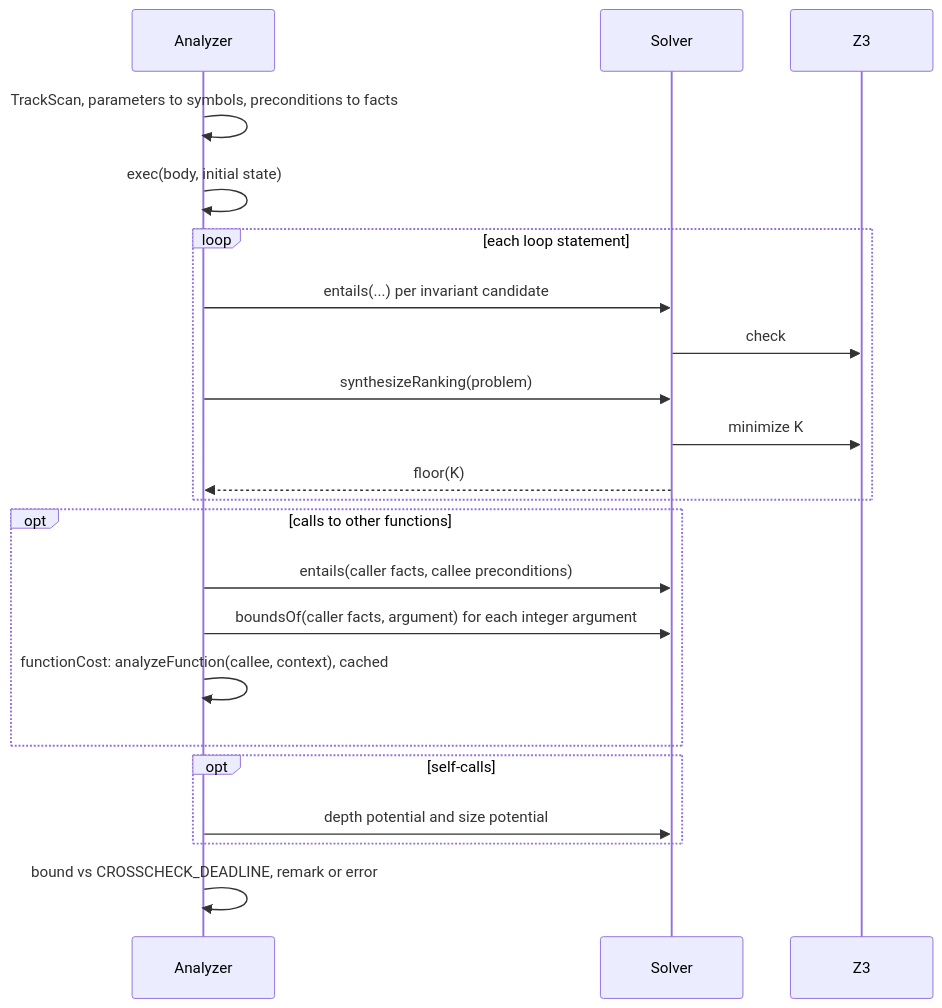
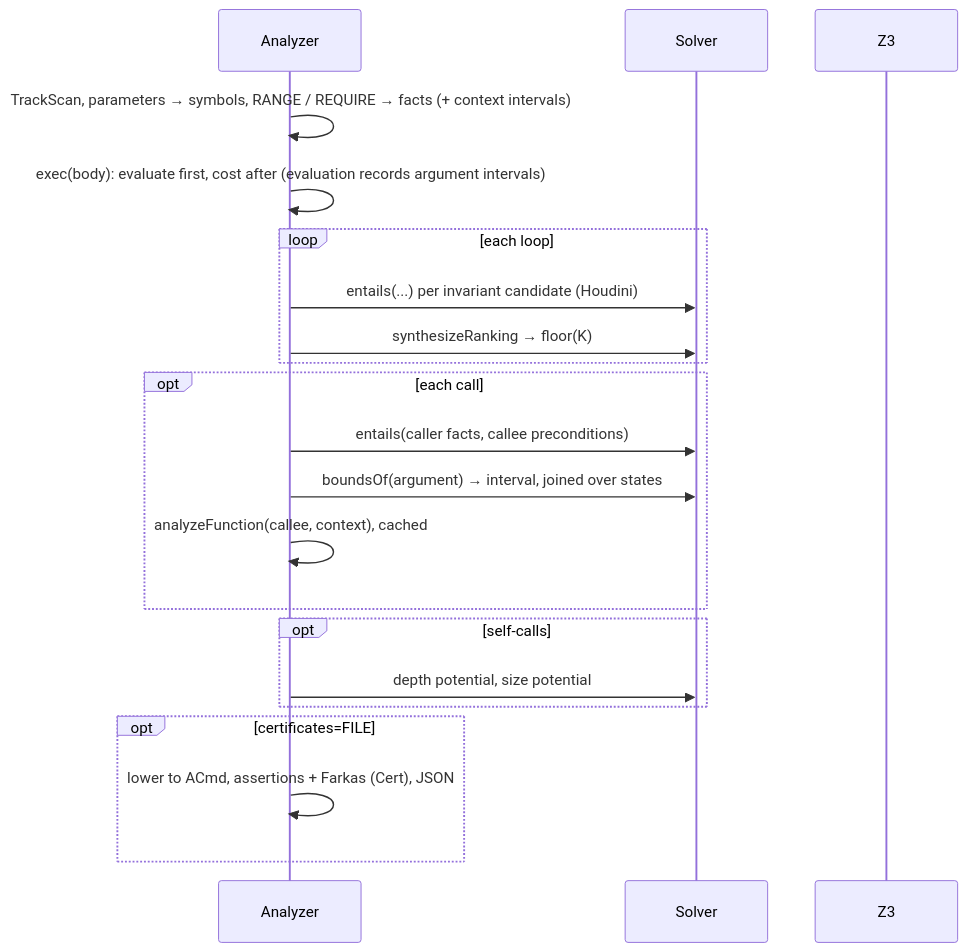
Before and after one commit to ldallolio/crosscheck: the third of 6 diagrams in docs/guide/04-plugin.md, drawn with Mermaid. The commit also changed other lines of this file and 18 other files, not shown here.

First line of the commit message:
Split the paper in two; shorter guide with more diagrams

````diff
--- a/docs/guide/04-plugin.md
+++ b/docs/guide/04-plugin.md
@@ -393,24 +81,23 @@
 ```mermaid
 sequenceDiagram
   participant An as Analyzer
   participant Sol as Solver
   participant Z3
-  An->>An: TrackScan, parameters to symbols, preconditions to facts
-  An->>An: exec(body, initial state)
-  loop each loop statement
-    An->>Sol: entails(...) per invariant candidate
-    Sol->>Z3: check
-    An->>Sol: synthesizeRanking(problem)
-    Sol->>Z3: minimize K
-    Sol-->>An: floor(K)
+  An->>An: TrackScan, parameters → symbols, RANGE / REQUIRE → facts (+ context intervals)
+  An->>An: exec(body): evaluate first, cost after (evaluation records argument intervals)
+  loop each loop
+    An->>Sol: entails(...) per invariant candidate (Houdini)
+    An->>Sol: synthesizeRanking → floor(K)
   end
-  opt calls to other functions
+  opt each call
     An->>Sol: entails(caller facts, callee preconditions)
-    An->>Sol: boundsOf(caller facts, argument) for each integer argument
-    An->>An: functionCost: analyzeFunction(callee, context), cached
+    An->>Sol: boundsOf(argument) → interval, joined over states
+    An->>An: analyzeFunction(callee, context), cached
   end
   opt self-calls
-    An->>Sol: depth potential and size potential
+    An->>Sol: depth potential, size potential
   end
-  An->>An: bound vs CROSSCHECK_DEADLINE, remark or error
+  opt certificates=FILE
+    An->>An: lower to ACmd, assertions + Farkas (Cert), JSON
+  end
 ```
````
